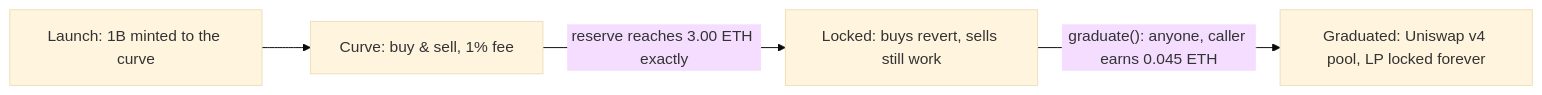
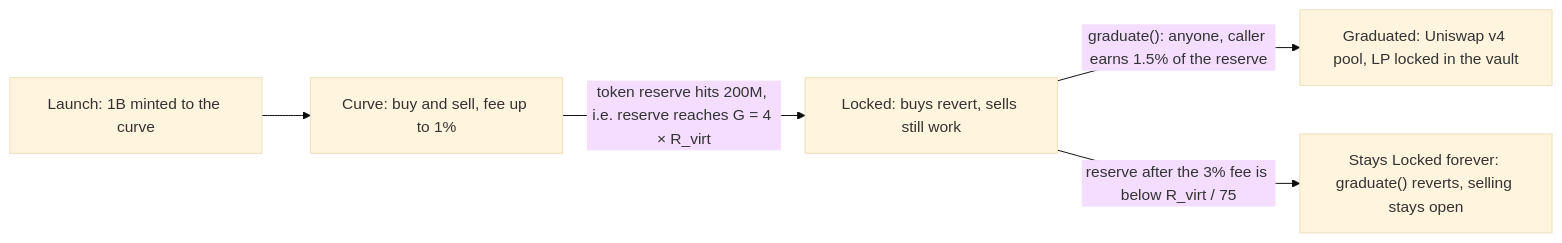
One commit to Story91/mysphere changed the diagram in app/Docs/_content/startpad.md. Above: the diagram before and after it, drawn with Mermaid (base theme). The commit also changed other lines of this file and 6 other files, not shown here.

````diff
--- a/app/Docs/_content/startpad.md
+++ b/app/Docs/_content/startpad.md
@@ -40,6 +94,7 @@
 ```mermaid
 flowchart LR
-    A["Launch: 1B minted to the curve"] --> B["Curve: buy & sell, 1% fee"]
-    B -->|"reserve reaches 3.00 ETH exactly"| C["Locked: buys revert, sells still work"]
-    C -->|"graduate(): anyone, caller earns 0.045 ETH"| D["Graduated: Uniswap v4 pool, LP locked forever"]
+    A["Launch: 1B minted to the curve"] --> B["Curve: buy and sell, fee up to 1%"]
+    B -->|"token reserve hits 200M, i.e. reserve reaches G = 4 × R_virt"| C["Locked: buys revert, sells still work"]
+    C -->|"graduate(): anyone, caller earns 1.5% of the reserve"| D["Graduated: Uniswap v4 pool, LP locked in the vault"]
+    C -->|"reserve after the 3% fee is below R_virt / 75"| E["Stays Locked forever: graduate() reverts, selling stays open"]
 ```
````
